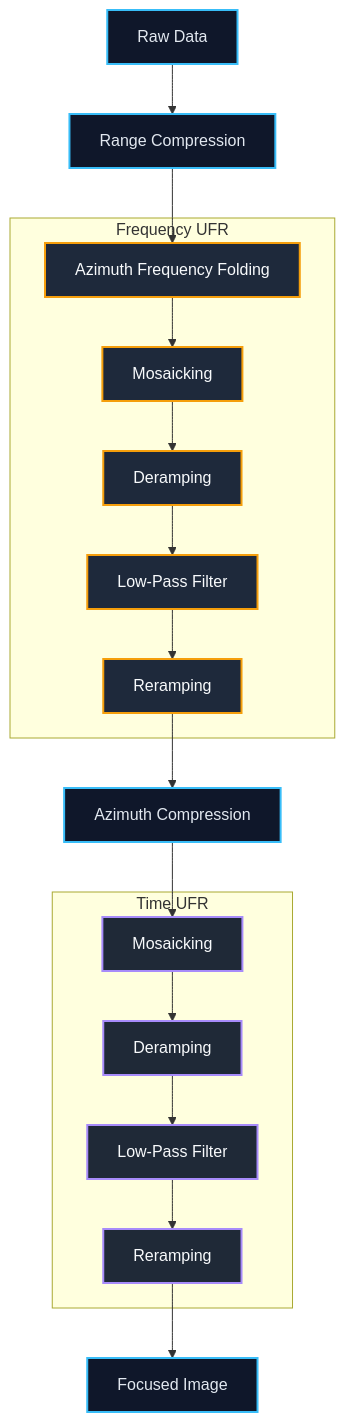
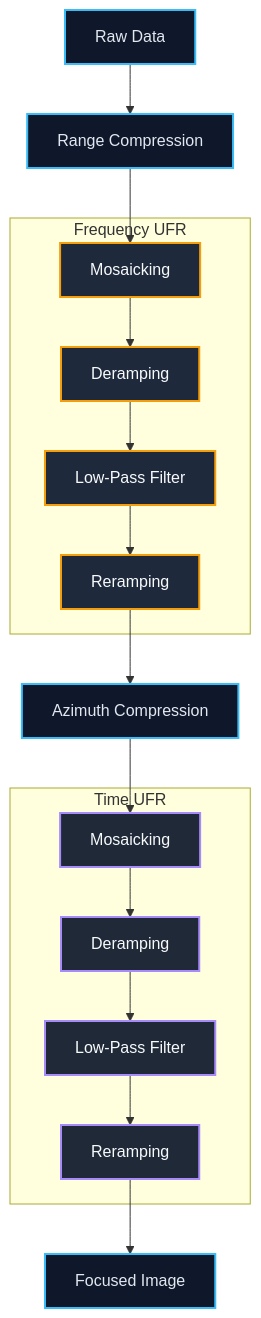
One commit to hsuyuehchuang/sar-research-notes changed the diagram in README.md. Above: the diagram before and after it, drawn with Mermaid. The commit also changed other lines of this file and 1 other file, not shown here.

````diff
--- a/README.md
+++ b/README.md
@@ -18,31 +18,30 @@
 ```mermaid
 graph TD
     A[Raw Data] --> B[Range Compression]
     B --> C1
 
     subgraph FREQ[Frequency UFR]
-        C1[Azimuth Frequency Folding] --> C2[Mosaicking]
-        C2 --> C3[Deramping]
-        C3 --> C4[Low-Pass Filter]
-        C4 --> C5[Reramping]
+        C1[Mosaicking] --> C2[Deramping]
+        C2 --> C3[Low-Pass Filter]
+        C3 --> C4[Reramping]
     end
 
-    C5 --> D[Azimuth Compression]
+    C4 --> D[Azimuth Compression]
     D --> E1
 
     subgraph TIME[Time UFR]
         E1[Mosaicking] --> E2[Deramping]
         E2 --> E3[Low-Pass Filter]
         E3 --> E4[Reramping]
     end
 
     E4 --> F[Focused Image]
 
     classDef main fill:#0f172a,stroke:#38bdf8,stroke-width:2px,color:#e2e8f0;
     classDef freq fill:#1e293b,stroke:#f59e0b,stroke-width:2px,color:#f8fafc;
     classDef time fill:#1f2937,stroke:#a78bfa,stroke-width:2px,color:#f8fafc;
 
     class A,B,D,F main;
     class C1,C2,C3,C4,C5 freq;
     class E1,E2,E3,E4 time;
 ```
````
